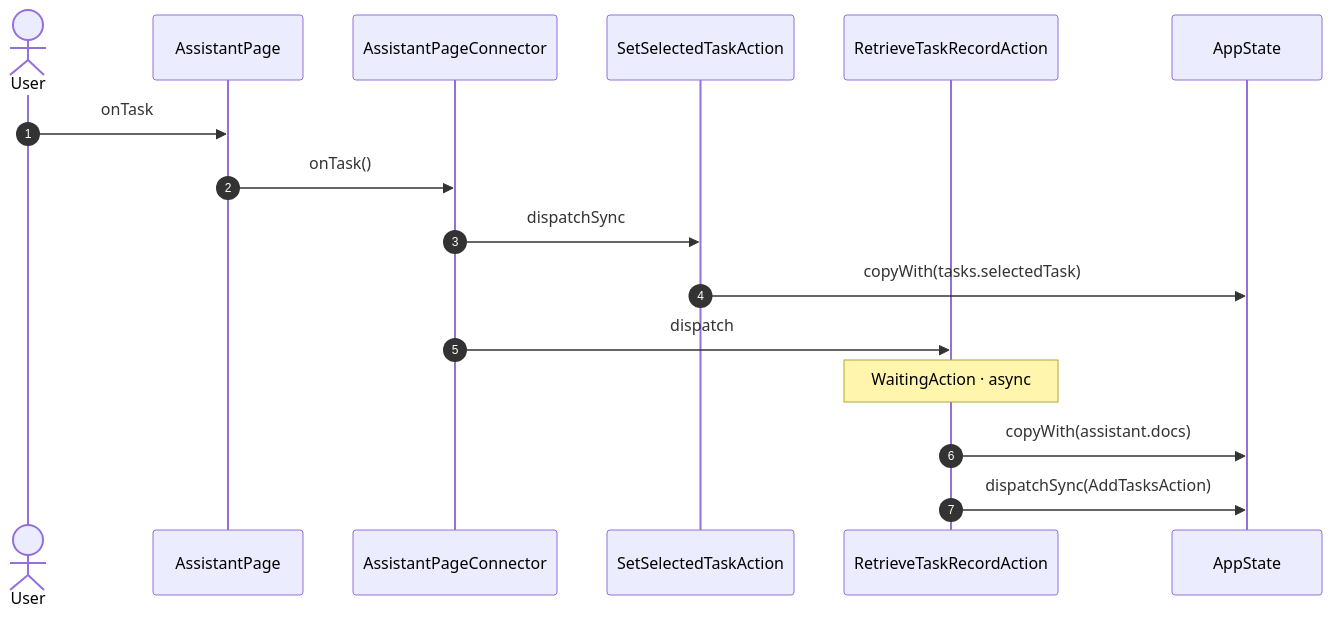
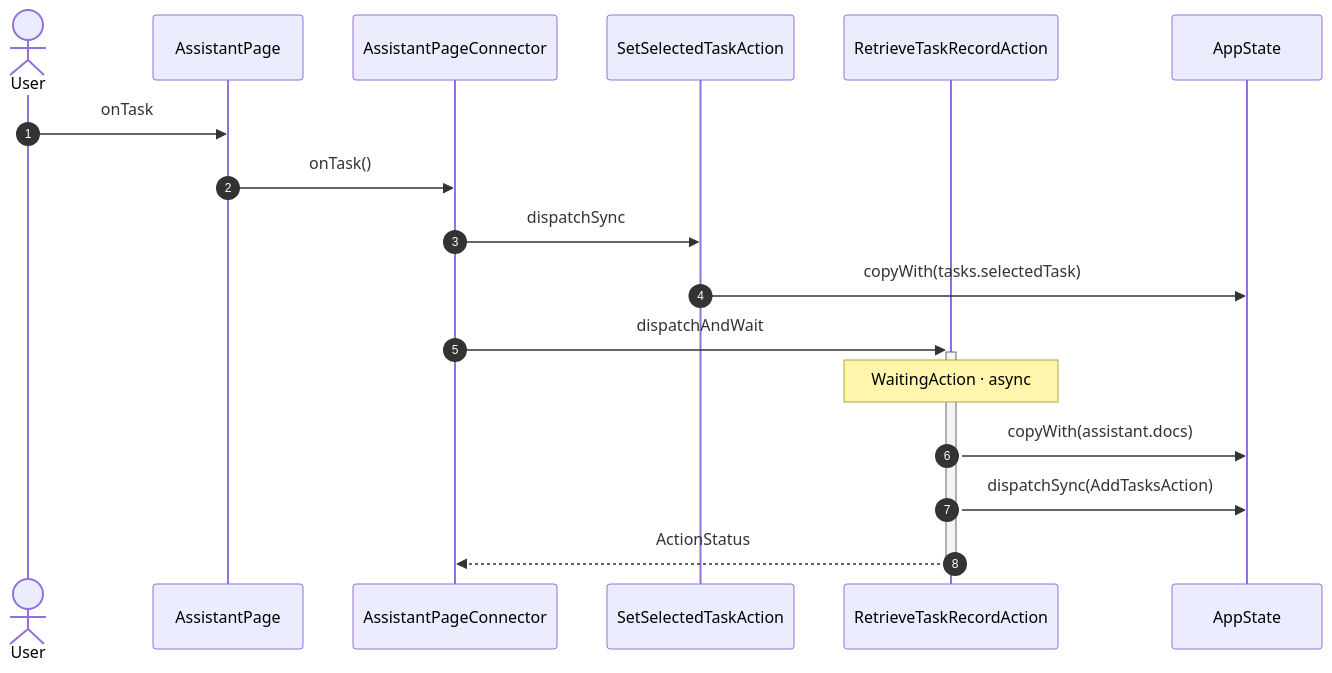
Before and after one commit to gencto/wyrm: the third of 8 diagrams in studio/docs/flows/assistant.md, drawn with Mermaid. The commit also changed 2 other files, not shown here.

Commit message:
studio: the Assistant flow page and two lints follow the merge with main

````diff
--- a/studio/docs/flows/assistant.md
+++ b/studio/docs/flows/assistant.md
@@ -68,19 +68,20 @@
 ```mermaid
 sequenceDiagram
     autonumber
     actor User
     participant UI as AssistantPage
     participant VM as AssistantPageConnector
     participant A1 as SetSelectedTaskAction
     participant A2 as RetrieveTaskRecordAction
     participant ST as AppState
 
     User->>UI: onTask
     UI->>VM: onTask()
     VM->>A1: dispatchSync
     A1->>ST: copyWith(tasks.selectedTask)
-    VM->>A2: dispatch
+    VM->>+A2: dispatchAndWait
     Note over A2: WaitingAction · async
     A2->>ST: copyWith(assistant.docs)
     A2->>ST: dispatchSync(AddTasksAction)
+    A2-->>-VM: ActionStatus
 ```
````
